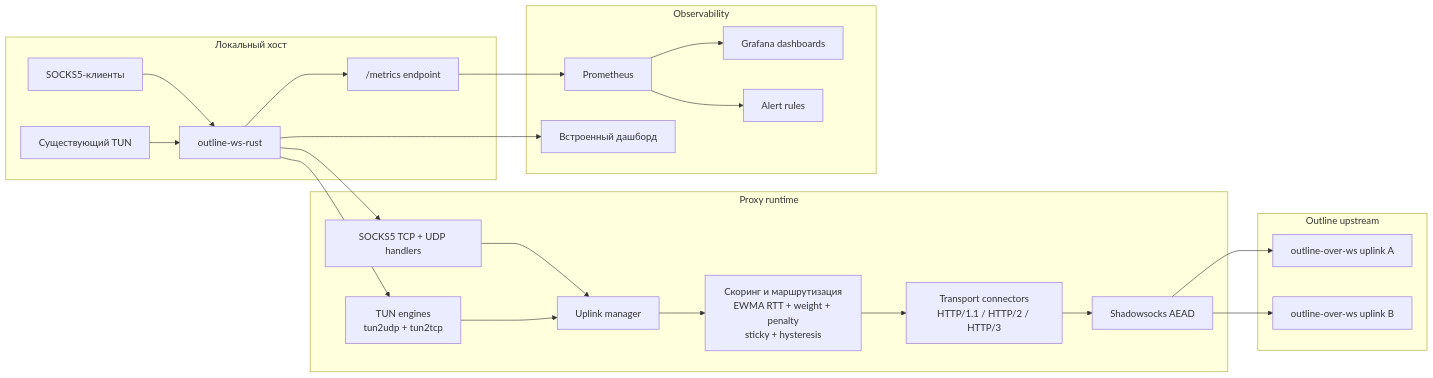
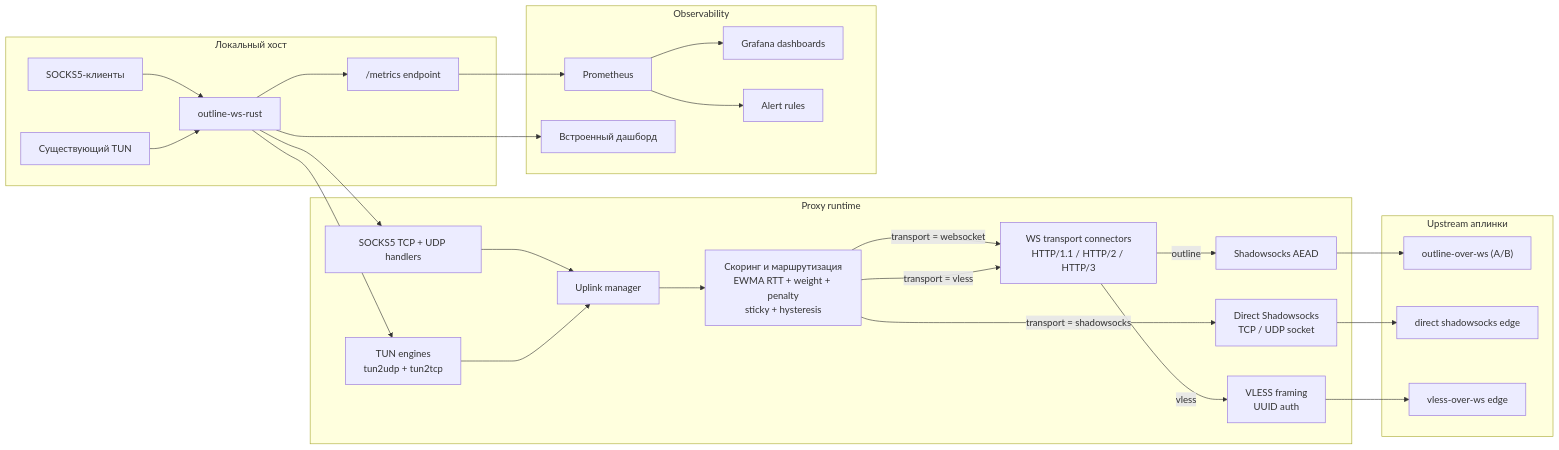
Before and after one commit to balookrd/outline-proxy: the diagram in ws/README.ru.md, drawn with Mermaid. The commit also changed other lines of this file and 1 other file, not shown here.

Commit message:
docs: document VLESS-over-WebSocket support and refresh architecture diagram

````diff
--- a/ws/README.ru.md
+++ b/ws/README.ru.md
@@ -35,53 +37,62 @@
 ```mermaid
 flowchart LR
     subgraph LocalHost["Локальный хост"]
         C["SOCKS5-клиенты"]
         T["Существующий TUN"]
         P["outline-ws-rust"]
         M["/metrics endpoint"]
         C --> P
         T --> P
         P --> M
     end
 
     subgraph Runtime["Proxy runtime"]
         S["SOCKS5 TCP + UDP handlers"]
         U["Uplink manager"]
         LB["Скоринг и маршрутизация
 EWMA RTT + weight + penalty
 sticky + hysteresis"]
-        WS["Transport connectors
+        WS["WS transport connectors
 HTTP/1.1 / HTTP/2 / HTTP/3"]
+        DS["Direct Shadowsocks
+TCP / UDP socket"]
         SS["Shadowsocks AEAD"]
+        VL["VLESS framing
+UUID auth"]
         TT["TUN engines
 tun2udp + tun2tcp"]
     end
 
     P --> S
     P --> TT
     S --> U
     TT --> U
     U --> LB
-    LB --> WS
-    WS --> SS
+    LB -->|"transport = websocket"| WS
+    LB -->|"transport = shadowsocks"| DS
+    LB -->|"transport = vless"| WS
+    WS -->|"outline"| SS
+    WS -->|"vless"| VL
 
-    subgraph Upstream["Outline upstream"]
-        O1["outline-over-ws uplink A"]
-        O2["outline-over-ws uplink B"]
+    subgraph Upstream["Upstream аплинки"]
+        O1["outline-over-ws (A/B)"]
+        O3["direct shadowsocks edge"]
+        O4["vless-over-ws edge"]
     end
 
     SS --> O1
-    SS --> O2
+    DS --> O3
+    VL --> O4
 
     subgraph Observability["Observability"]
         PR["Prometheus"]
         DASH["Встроенный дашборд"]
         GD["Grafana dashboards"]
         AL["Alert rules"]
     end
 
     M --> PR
     P --> DASH
     PR --> GD
     PR --> AL
 ```
````
